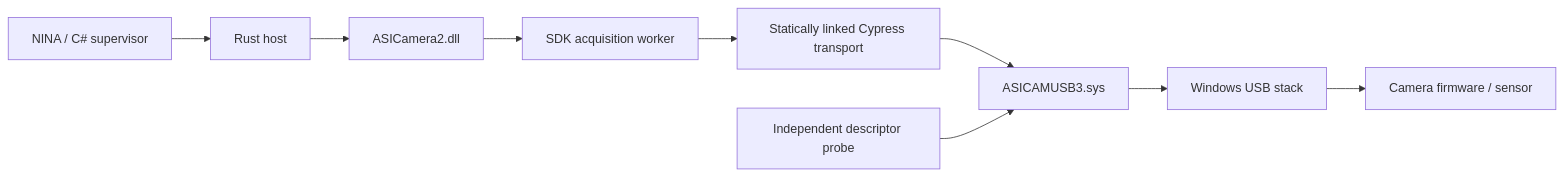
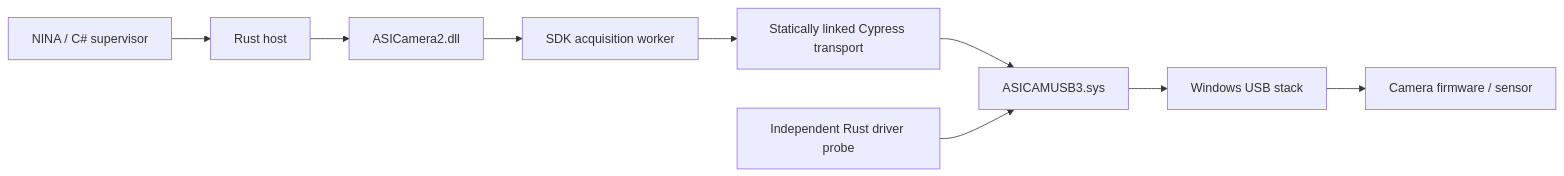
One commit to pulsarfab/regain changed the diagram in docs/transport-investigation.md. Above: the diagram before and after it, drawn with Mermaid. The commit also changed other lines of this file and 19 other files, not shown here.

````diff
--- a/docs/transport-investigation.md
+++ b/docs/transport-investigation.md
@@ -25,11 +25,11 @@
 ```mermaid
 flowchart LR
     N[NINA / C# supervisor] --> H[Rust host]
     H --> A[ASICamera2.dll]
     A --> W[SDK acquisition worker]
     W --> C[Statically linked Cypress transport]
     C --> D[ASICAMUSB3.sys]
     D --> U[Windows USB stack]
     U --> F[Camera firmware / sensor]
-    P[Independent descriptor probe] --> D
+    P[Independent Rust driver probe] --> D
 ```
````
